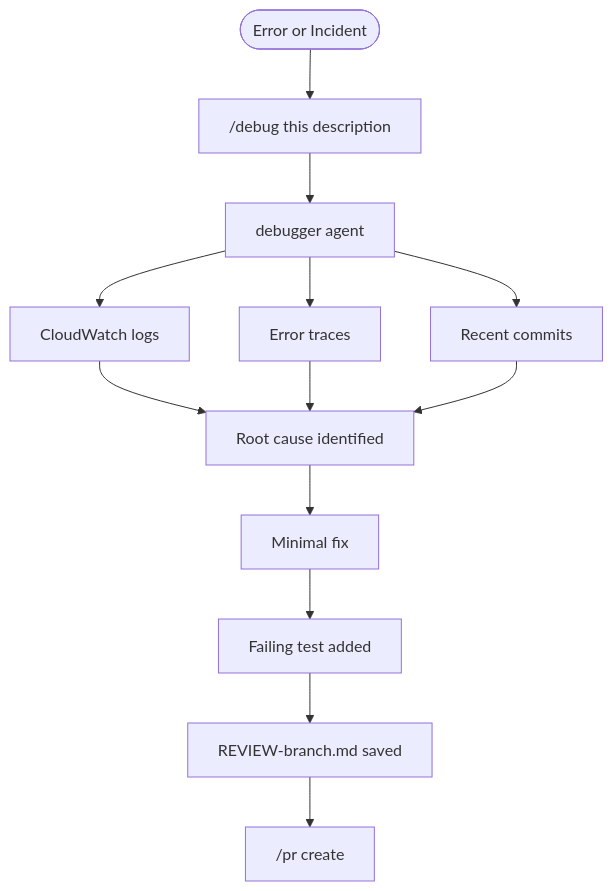
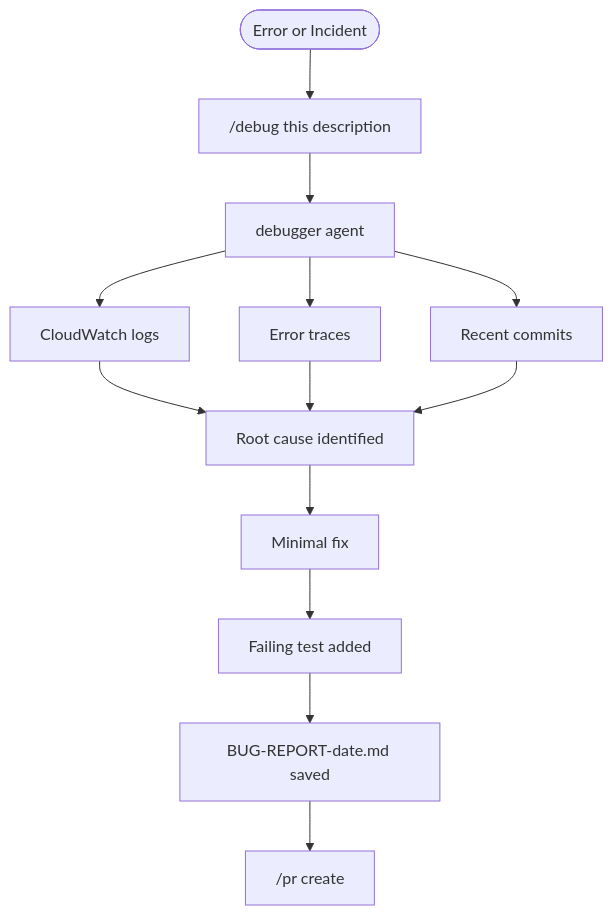
Before and after one commit to manikumarkv/devrunway-claude-plugin: the eighth of 13 diagrams in README.md, drawn with Mermaid. The commit also changed other lines of this file, not shown here.

First line of the commit message:
docs(readme): fix stale refs, add document chain diagram, document all utility commands

````diff
--- a/README.md
+++ b/README.md
@@ -154,13 +184,13 @@
 ```mermaid
 flowchart TD
     A([Error or Incident]) --> B["/debug this description"]
     B --> C[debugger agent]
     C --> D[CloudWatch logs]
     C --> E[Error traces]
     C --> F[Recent commits]
     D & E & F --> G[Root cause identified]
     G --> H[Minimal fix]
     H --> I[Failing test added]
-    I --> J["REVIEW-branch.md saved"]
+    I --> J["BUG-REPORT-date.md saved"]
     J --> K["/pr create"]
 ```
````
